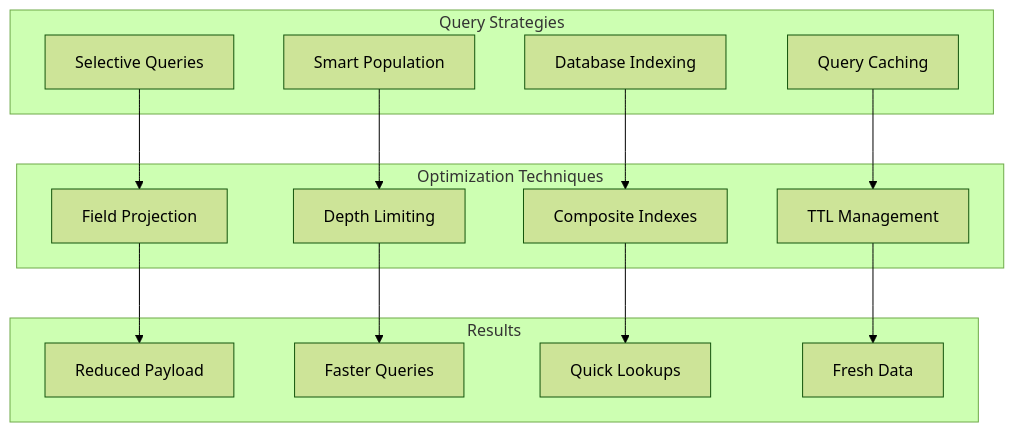
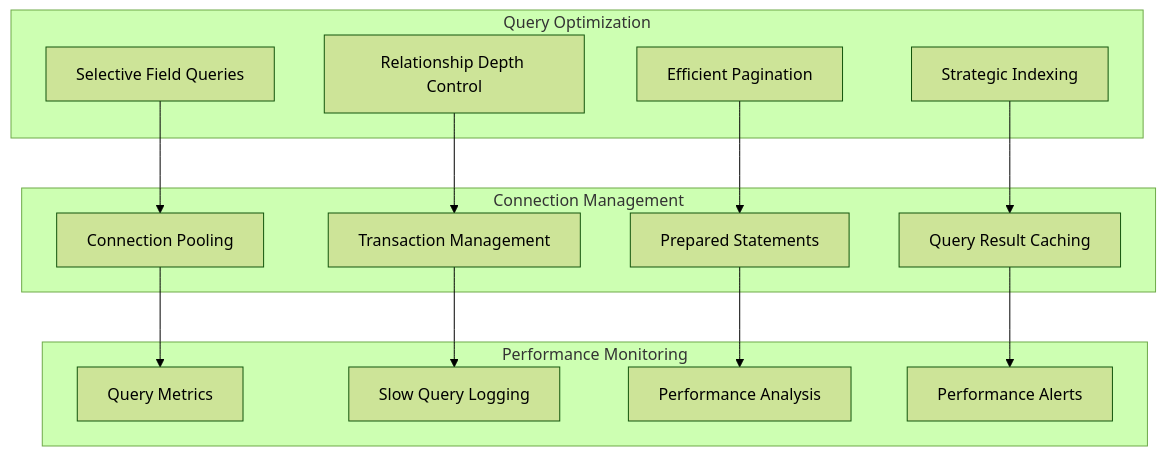
Diagram 11 of 14 in docs/backend-database-architecture.md (surya-madhav/portfolio-blog-2025), drawn with Mermaid (forest theme) before and after one commit. The commit also changed other lines of this file and 33 other files, not shown here.

````diff
--- a/docs/backend-database-architecture.md
+++ b/docs/backend-database-architecture.md
@@ -665,23 +1044,33 @@
 ```mermaid
 graph TD
-    subgraph "Query Strategies"
-        Select[Selective Queries]
-        Populate[Smart Population]
-        Index[Database Indexing]
-        Cache[Query Caching]
+    subgraph "Query Optimization"
+        Selective[Selective Field Queries]
+        Depth[Relationship Depth Control]
+        Pagination[Efficient Pagination]
+        Indexing[Strategic Indexing]
     end
     
-    subgraph "Optimization Techniques"
-        Select --> Projection[Field Projection]
-        Populate --> Depth[Depth Limiting]
-        Index --> Composite[Composite Indexes]
-        Cache --> TTL[TTL Management]
+    subgraph "Connection Management"
+        Pooling[Connection Pooling]
+        Transactions[Transaction Management]
+        Prepared[Prepared Statements]
+        Caching[Query Result Caching]
     end
     
-    subgraph "Results"
-        Projection --> Reduced[Reduced Payload]
-        Depth --> Faster[Faster Queries]
-        Composite --> Quick[Quick Lookups]
-        TTL --> Fresh[Fresh Data]
+    subgraph "Performance Monitoring"
+        Metrics[Query Metrics]
+        Slow[Slow Query Logging]
+        Analysis[Performance Analysis]
+        Alerts[Performance Alerts]
     end
+    
+    Selective --> Pooling
+    Depth --> Transactions
+    Pagination --> Prepared
+    Indexing --> Caching
+    
+    Pooling --> Metrics
+    Transactions --> Slow
+    Prepared --> Analysis
+    Caching --> Alerts
 ```
````
